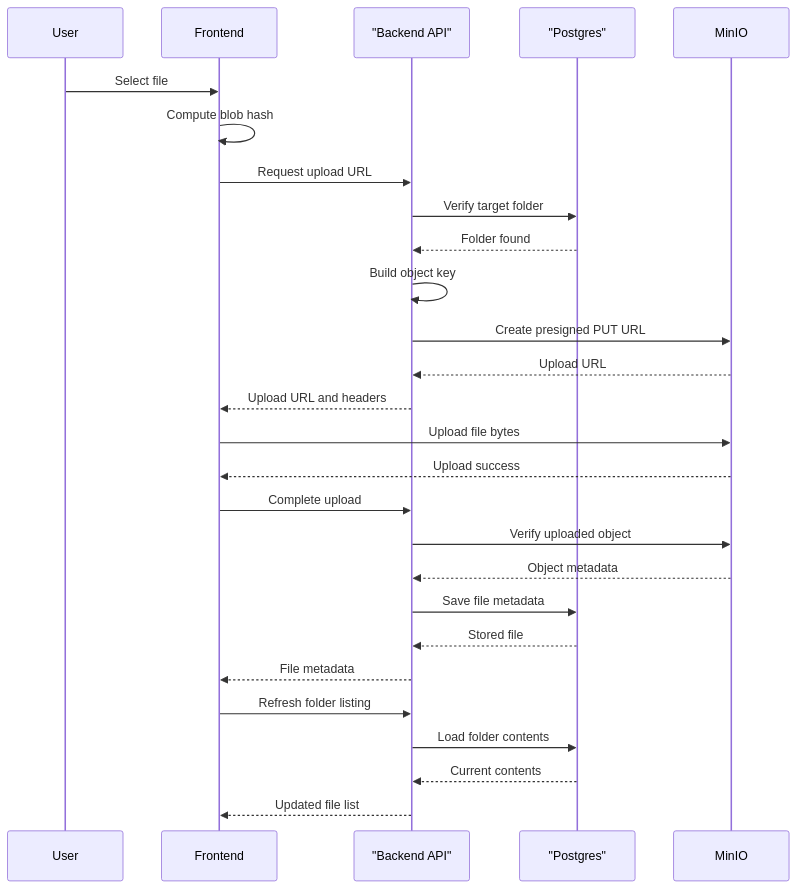
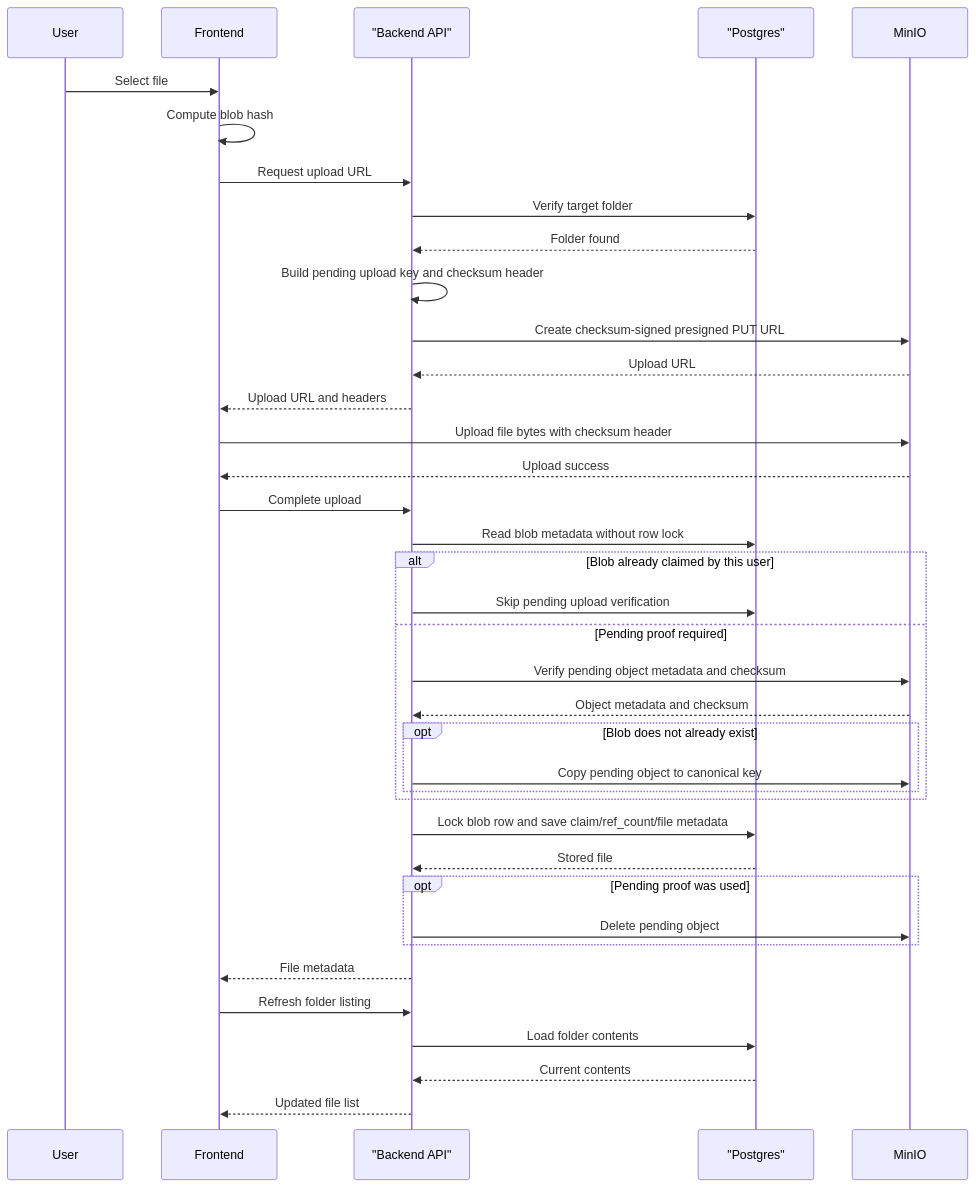
Before and after one commit to armydep/cloud-storage: the second of 2 diagrams in docs/diagrams/file-upload-flow.md, drawn with Mermaid. The commit also changed other lines of this file and 5 other files, not shown here.

Commit message:
Delay file blob row locks during upload completion

````diff
--- a/docs/diagrams/file-upload-flow.md
+++ b/docs/diagrams/file-upload-flow.md
@@ -69,30 +83,41 @@
 ```mermaid
 sequenceDiagram
     participant User
     participant Frontend
     participant Backend as "Backend API"
     participant DB as "Postgres"
     participant MinIO
 
     User->>Frontend: Select file
     Frontend->>Frontend: Compute blob hash
     Frontend->>Backend: Request upload URL
     Backend->>DB: Verify target folder
     DB-->>Backend: Folder found
-    Backend->>Backend: Build object key
-    Backend->>MinIO: Create presigned PUT URL
+    Backend->>Backend: Build pending upload key and checksum header
+    Backend->>MinIO: Create checksum-signed presigned PUT URL
     MinIO-->>Backend: Upload URL
     Backend-->>Frontend: Upload URL and headers
-    Frontend->>MinIO: Upload file bytes
+    Frontend->>MinIO: Upload file bytes with checksum header
     MinIO-->>Frontend: Upload success
     Frontend->>Backend: Complete upload
-    Backend->>MinIO: Verify uploaded object
-    MinIO-->>Backend: Object metadata
-    Backend->>DB: Save file metadata
+    Backend->>DB: Read blob metadata without row lock
+    alt Blob already claimed by this user
+        Backend->>DB: Skip pending upload verification
+    else Pending proof required
+        Backend->>MinIO: Verify pending object metadata and checksum
+        MinIO-->>Backend: Object metadata and checksum
+        opt Blob does not already exist
+            Backend->>MinIO: Copy pending object to canonical key
+        end
+    end
+    Backend->>DB: Lock blob row and save claim/ref_count/file metadata
     DB-->>Backend: Stored file
+    opt Pending proof was used
+        Backend->>MinIO: Delete pending object
+    end
     Backend-->>Frontend: File metadata
     Frontend->>Backend: Refresh folder listing
     Backend->>DB: Load folder contents
     DB-->>Backend: Current contents
     Backend-->>Frontend: Updated file list
 ```
````
